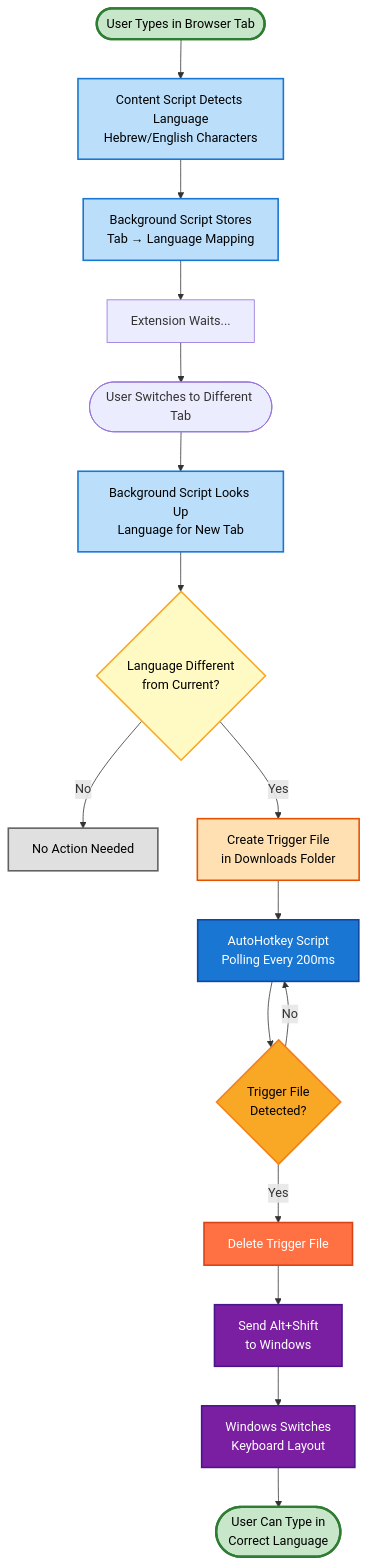
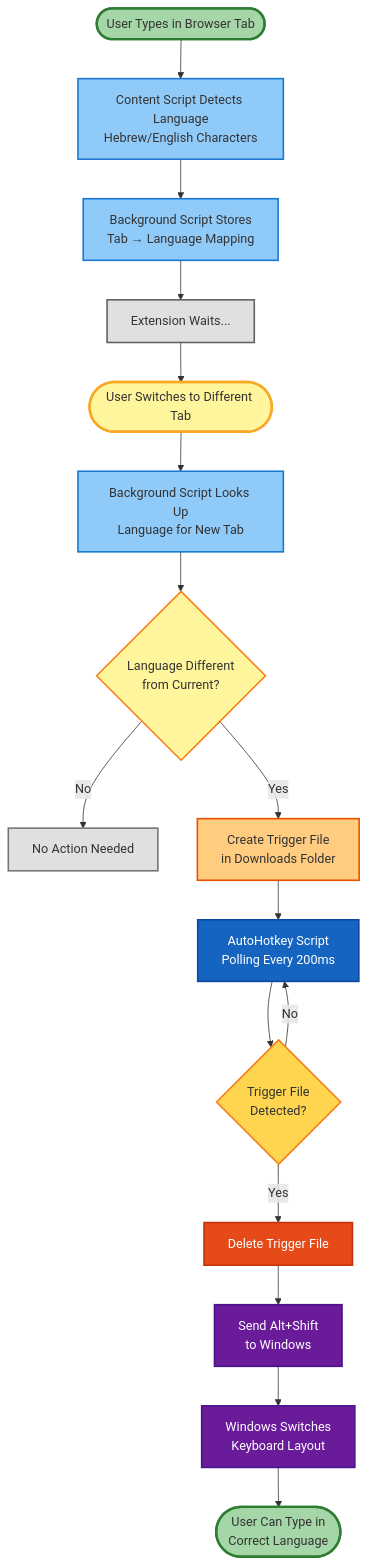
Before and after one commit to ysetbon/AutoLang: the diagram in README.md, drawn with Mermaid. The commit also changed 1 other file, not shown here.

Commit message:
fixed digarm 2

````diff
--- a/README.md
+++ b/README.md
@@ -18,37 +18,39 @@
 ```mermaid
 flowchart TD
     Start([User Types in Browser Tab]) --> Detect[Content Script Detects Language<br/>Hebrew/English Characters]
     Detect --> Store[Background Script Stores<br/>Tab → Language Mapping]
     Store --> Wait[Extension Waits...]
 
     Wait --> Switch([User Switches to Different Tab])
     Switch --> Lookup[Background Script Looks Up<br/>Language for New Tab]
     Lookup --> Check{Language Different<br/>from Current?}
 
     Check -->|No| NoAction[No Action Needed]
     Check -->|Yes| Download[Create Trigger File<br/>in Downloads Folder]
 
     Download --> Poll[AutoHotkey Script<br/>Polling Every 200ms]
     Poll --> Found{Trigger File<br/>Detected?}
 
     Found -->|Yes| Delete[Delete Trigger File]
     Delete --> Send[Send Alt+Shift<br/>to Windows]
     Send --> OS[Windows Switches<br/>Keyboard Layout]
     OS --> Done([User Can Type in<br/>Correct Language])
 
     Found -->|No| Poll
 
-    style Start fill:#c8e6c9,stroke:#2e7d32,stroke-width:3px,color:#000
-    style Done fill:#c8e6c9,stroke:#2e7d32,stroke-width:3px,color:#000
-    style Detect fill:#bbdefb,stroke:#1976d2,stroke-width:2px,color:#000
-    style Store fill:#bbdefb,stroke:#1976d2,stroke-width:2px,color:#000
-    style Lookup fill:#bbdefb,stroke:#1976d2,stroke-width:2px,color:#000
-    style Check fill:#fff9c4,stroke:#f9a825,stroke-width:2px,color:#000
-    style NoAction fill:#e0e0e0,stroke:#616161,stroke-width:2px,color:#000
-    style Download fill:#ffe0b2,stroke:#e65100,stroke-width:2px,color:#000
-    style Poll fill:#1976d2,stroke:#0d47a1,stroke-width:2px,color:#fff
-    style Found fill:#f9a825,stroke:#f57f17,stroke-width:2px,color:#000
-    style Delete fill:#ff7043,stroke:#d84315,stroke-width:2px,color:#fff
-    style Send fill:#7b1fa2,stroke:#4a148c,stroke-width:2px,color:#fff
-    style OS fill:#7b1fa2,stroke:#4a148c,stroke-width:2px,color:#fff
+    style Start fill:#a5d6a7,stroke:#2e7d32,stroke-width:3px
+    style Done fill:#a5d6a7,stroke:#2e7d32,stroke-width:3px
+    style Detect fill:#90caf9,stroke:#1976d2,stroke-width:2px
+    style Store fill:#90caf9,stroke:#1976d2,stroke-width:2px
+    style Lookup fill:#90caf9,stroke:#1976d2,stroke-width:2px
+    style Wait fill:#e0e0e0,stroke:#616161,stroke-width:2px
+    style Switch fill:#fff59d,stroke:#f9a825,stroke-width:3px
+    style Check fill:#fff59d,stroke:#f57f17,stroke-width:2px
+    style NoAction fill:#e0e0e0,stroke:#757575,stroke-width:2px
+    style Download fill:#ffcc80,stroke:#e65100,stroke-width:2px
+    style Poll fill:#1565c0,stroke:#0d47a1,stroke-width:2px,color:#fff
+    style Found fill:#ffd54f,stroke:#f57f17,stroke-width:2px
+    style Delete fill:#e64a19,stroke:#bf360c,stroke-width:2px,color:#fff
+    style Send fill:#6a1b9a,stroke:#4a148c,stroke-width:2px,color:#fff
+    style OS fill:#6a1b9a,stroke:#4a148c,stroke-width:2px,color:#fff
 ```
````
